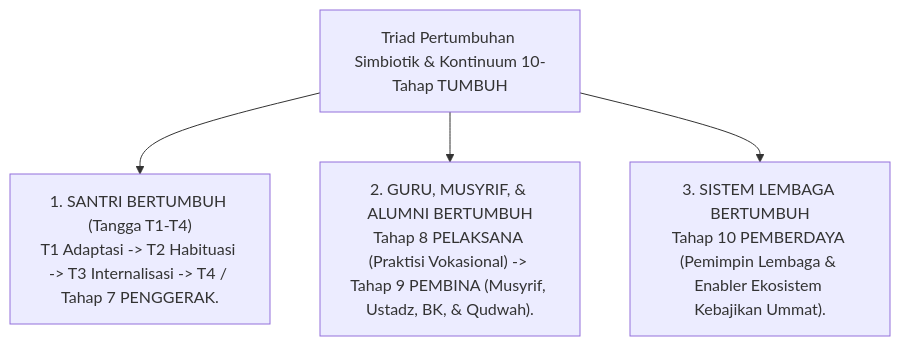
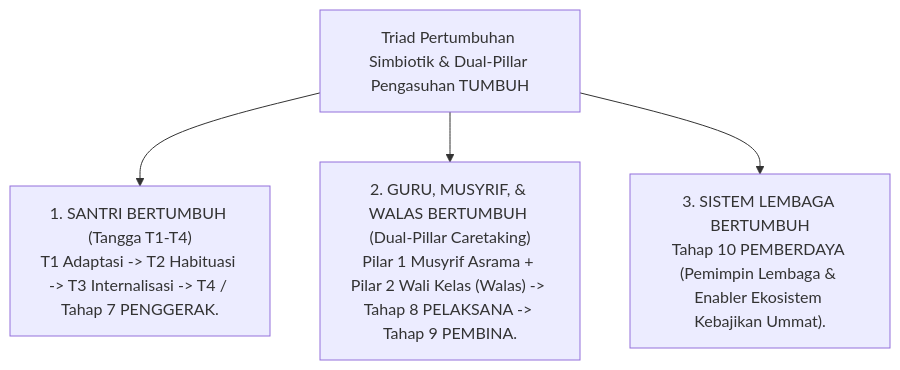
Before and after one commit to wandiapriliyandi/tumbuh: the diagram in README.md, drawn with Mermaid. The commit also changed other lines of this file and 3 other files, not shown here.

Commit message:
feat: affirm Dual-Pillar Caretaking Concept (Musyrif Asrama + Wali Kelas Walas) in In Loco Parentis framework

````diff
--- a/README.md
+++ b/README.md
@@ -12,7 +12,7 @@
 ```mermaid
 graph TD
-    TriadRoot["Triad Pertumbuhan Simbiotik & Kontinuum 10-Tahap TUMBUH"]
+    TriadRoot["Triad Pertumbuhan Simbiotik & Dual-Pillar Pengasuhan TUMBUH"]
     TriadRoot --> SantriGrowth["1. SANTRI BERTUMBUH (Tangga T1-T4)<br/>T1 Adaptasi -> T2 Habituasi -> T3 Internalisasi -> T4 / Tahap 7 PENGGERAK."]
-    TriadRoot --> EducatorGrowth["2. GURU, MUSYRIF, & ALUMNI BERTUMBUH<br/>Tahap 8 PELAKSANA (Praktisi Vokasional) -> Tahap 9 PEMBINA (Musyrif, Ustadz, BK, & Qudwah)."]
+    TriadRoot --> EducatorGrowth["2. GURU, MUSYRIF, & WALAS BERTUMBUH (Dual-Pillar Caretaking)<br/>Pilar 1 Musyrif Asrama + Pilar 2 Wali Kelas (Walas) -> Tahap 8 PELAKSANA -> Tahap 9 PEMBINA."]
     TriadRoot --> SystemGrowth["3. SISTEM LEMBAGA BERTUMBUH<br/>Tahap 10 PEMBERDAYA (Pemimpin Lembaga & Enabler Ekosistem Kebajikan Ummat)."]
 ```
````
